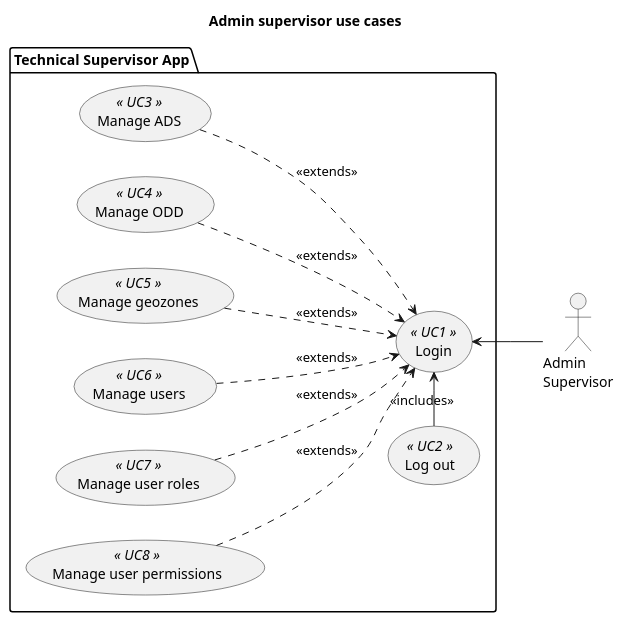
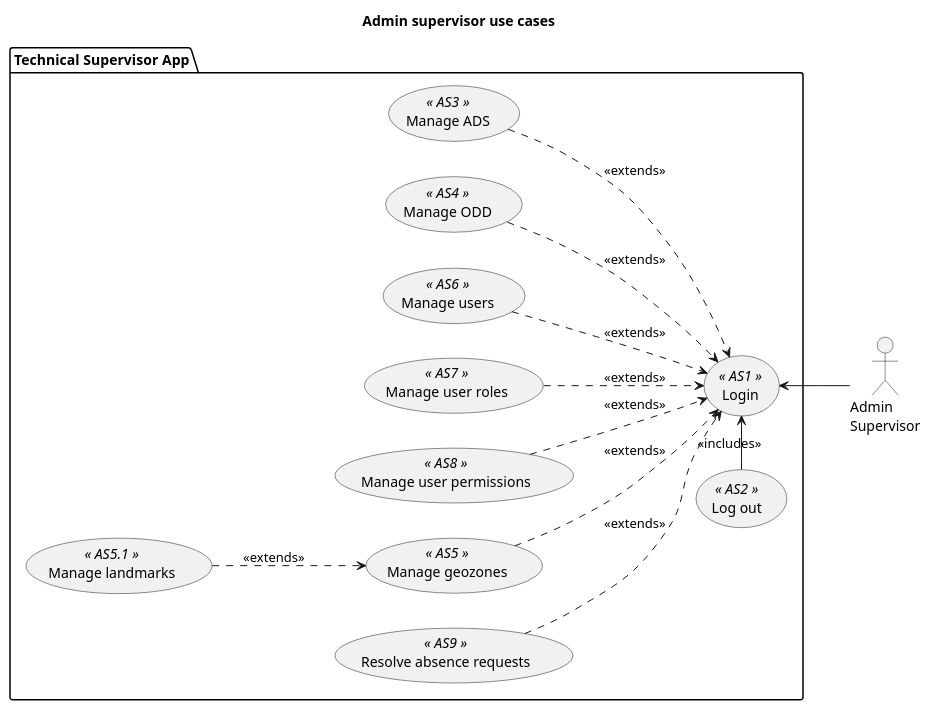
Before and after one commit to bruno-motorai/uml: the diagram in technical_supervisor/use_cases/use_cases_admin_supervisor.pu, drawn with PlantUML. The commit also changed 2 other files, not shown here.

```diff
--- a/technical_supervisor/use_cases/use_cases_admin_supervisor.pu
+++ b/technical_supervisor/use_cases/use_cases_admin_supervisor.pu
@@ -1,29 +1,34 @@
 @startuml ts_use_cases
 title Admin supervisor use cases
 
 left to right direction
 
 actor :Admin\nSupervisor: as ADM1
 
 package "Technical Supervisor App" {
-    usecase UC1 as (Login) <<  UC1  >>
-    usecase UC2 as (Log out) <<  UC2  >>
-    usecase UC3 as (Manage ADS) <<  UC3  >>
-    usecase UC4 as (Manage ODD) <<  UC4  >>
-    usecase UC5 as (Manage geozones) <<  UC5  >>
-    usecase UC6 as (Manage users) <<  UC6  >>
-    usecase UC7 as (Manage user roles) <<  UC7  >>
-    usecase UC8 as (Manage user permissions) <<  UC8  >>
+    usecase AS1 as (Login) <<  AS1  >>
+    usecase AS2 as (Log out) <<  AS2  >>
+    usecase AS3 as (Manage ADS) <<  AS3  >>
+    usecase AS4 as (Manage ODD) <<  AS4  >>
+    usecase AS5 as (Manage geozones) <<  AS5  >>
+    usecase AS6 as (Manage users) <<  AS6  >>
+    usecase AS7 as (Manage user roles) <<  AS7  >>
+    usecase AS8 as (Manage user permissions) <<  AS8  >>
+
+    usecase AS501 as (Manage landmarks) <<  AS5.1  >>
+    usecase AS9 as (Resolve absence requests) <<  AS9  >>
 }
 
-ADM1 -up-> UC1
+ADM1 -up-> AS1
 
-UC2 -> UC1 : <<includes>> 
-UC3 --> UC1 #line.dashed : <<extends>>
-UC4 --> UC1 #line.dashed : <<extends>>
-UC5 --> UC1 #line.dashed : <<extends>>
-UC6 --> UC1 #line.dashed : <<extends>>
-UC7 --> UC1 #line.dashed : <<extends>>
-UC8 --> UC1 #line.dashed : <<extends>>
+AS2 -> AS1 : <<includes>> 
+AS3 --> AS1 #line.dashed : <<extends>>
+AS4 --> AS1 #line.dashed : <<extends>>
+AS5 --> AS1 #line.dashed : <<extends>>
+AS6 --> AS1 #line.dashed : <<extends>>
+AS7 --> AS1 #line.dashed : <<extends>>
+AS8 --> AS1 #line.dashed : <<extends>>
+AS501 -d-> AS5 #line.dashed : <<extends>>
+AS9 --> AS1 #line.dashed : <<extends>>
 
 @enduml
```
